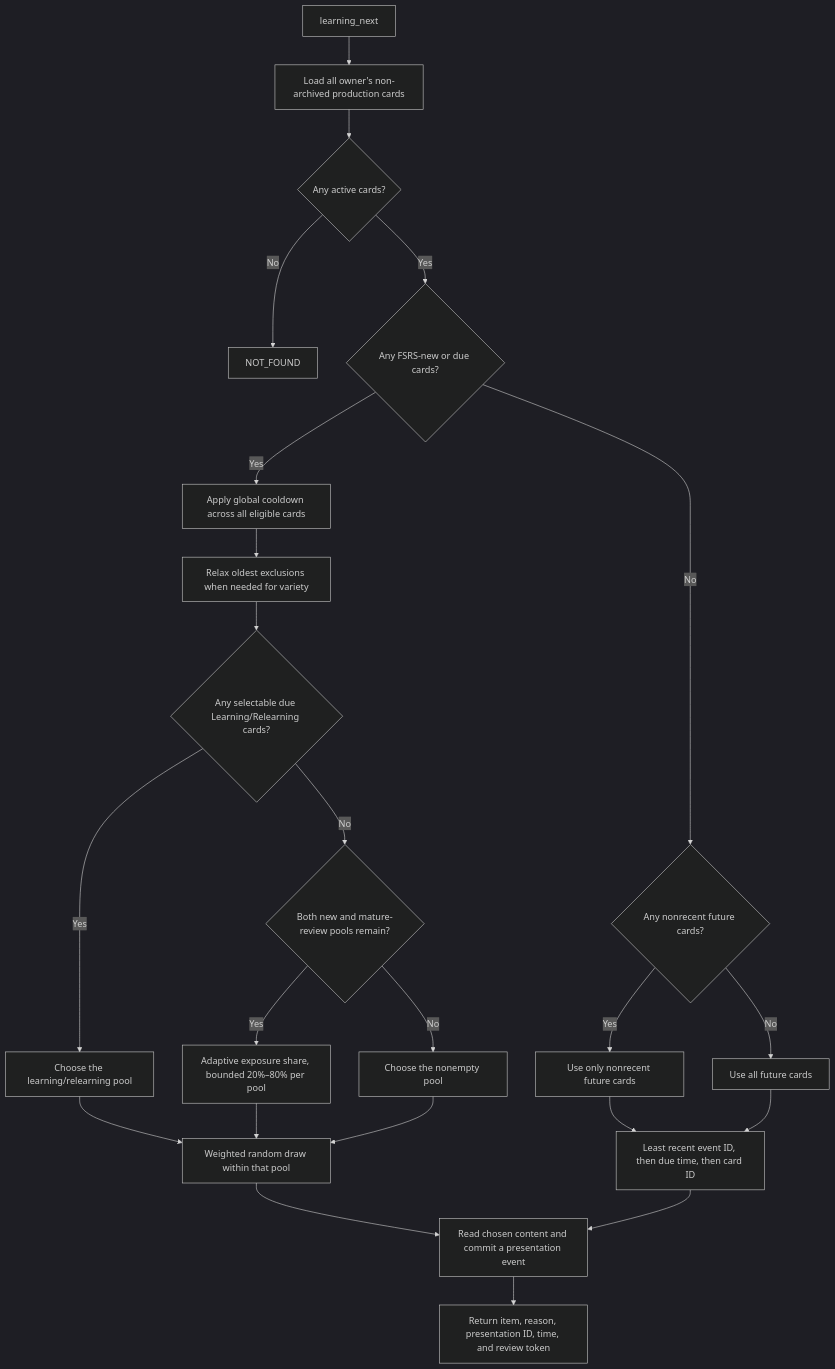
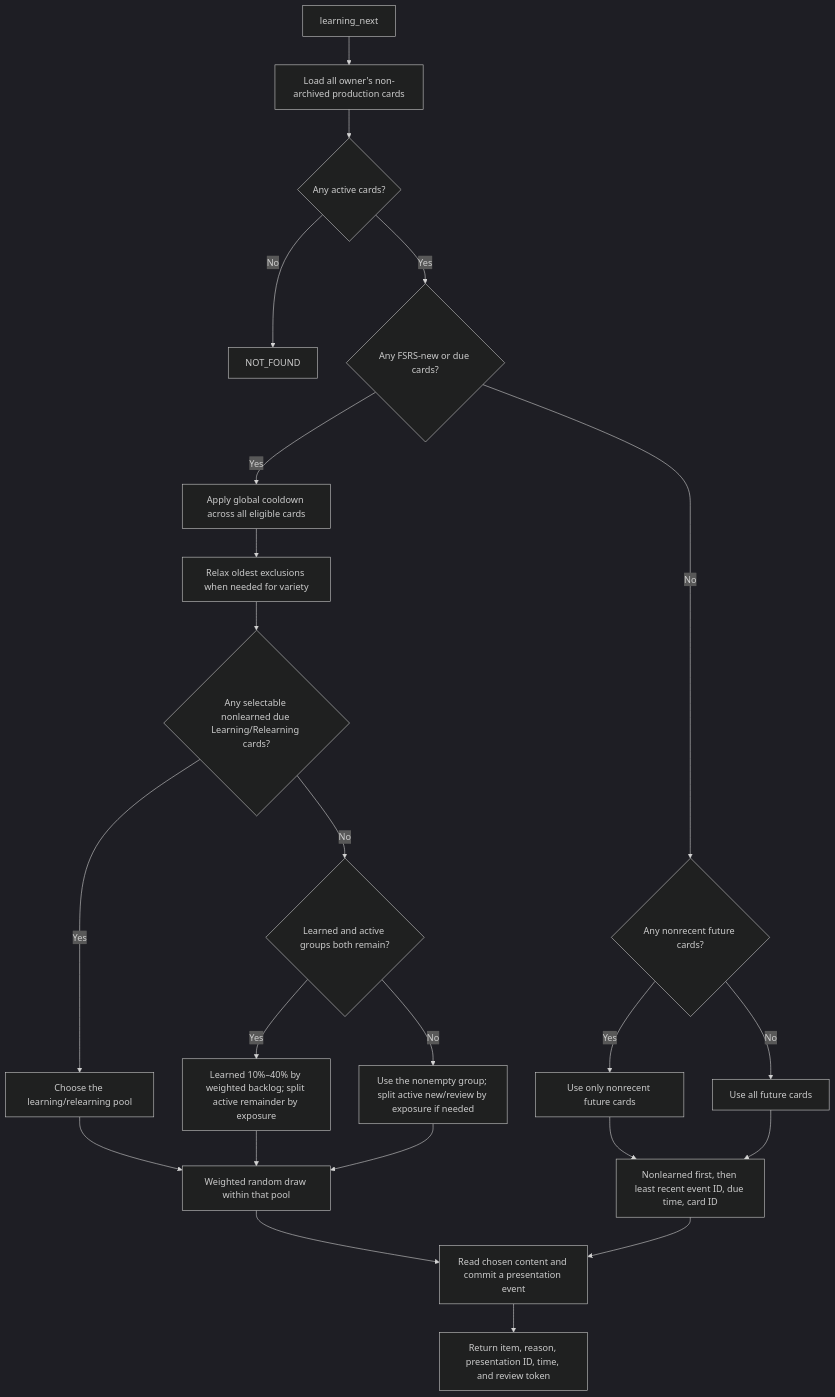
The third of 6 diagrams in docs/how-it-works.md (cjvnjde/chatgpt-english-mcp), drawn with Mermaid (dark theme) before and after one commit. The commit also changed other lines of this file and 25 other files, not shown here.

````diff
--- a/docs/how-it-works.md
+++ b/docs/how-it-works.md
@@ -320,26 +337,26 @@
 ```mermaid
 flowchart TD
     Start["learning_next"] --> Load["Load all owner's non-archived production cards"]
     Load --> Any{"Any active cards?"}
     Any -->|"No"| Empty["NOT_FOUND"]
     Any -->|"Yes"| Eligible{"Any FSRS-new or due cards?"}
     Eligible -->|"Yes"| Filter["Apply global cooldown across all eligible cards"]
     Filter --> Adapt["Relax oldest exclusions when needed for variety"]
-    Adapt --> Steps{"Any selectable due Learning/Relearning cards?"}
+    Adapt --> Steps{"Any selectable nonlearned due Learning/Relearning cards?"}
     Steps -->|"Yes"| Learning["Choose the learning/relearning pool"]
-    Steps -->|"No"| Both{"Both new and mature-review pools remain?"}
-    Both -->|"Yes"| Mix["Adaptive exposure share, bounded 20%–80% per pool"]
-    Both -->|"No"| Only["Choose the nonempty pool"]
+    Steps -->|"No"| Both{"Learned and active groups both remain?"}
+    Both -->|"Yes"| Mix["Learned 10%–40% by weighted backlog; split active remainder by exposure"]
+    Both -->|"No"| Only["Use the nonempty group; split active new/review by exposure if needed"]
     Learning --> Lottery["Weighted random draw within that pool"]
     Mix --> Lottery
     Only --> Lottery
     Eligible -->|"No"| Future{"Any nonrecent future cards?"}
     Future -->|"Yes"| Restrict["Use only nonrecent future cards"]
     Future -->|"No"| All["Use all future cards"]
-    Restrict --> Oldest["Least recent event ID, then due time, then card ID"]
+    Restrict --> Oldest["Nonlearned first, then least recent event ID, due time, card ID"]
     All --> Oldest
     Commit["Read chosen content and commit a presentation event"]
     Lottery --> Commit
     Oldest --> Commit
     Commit --> Return["Return item, reason, presentation ID, time, and review token"]
 ```
````
